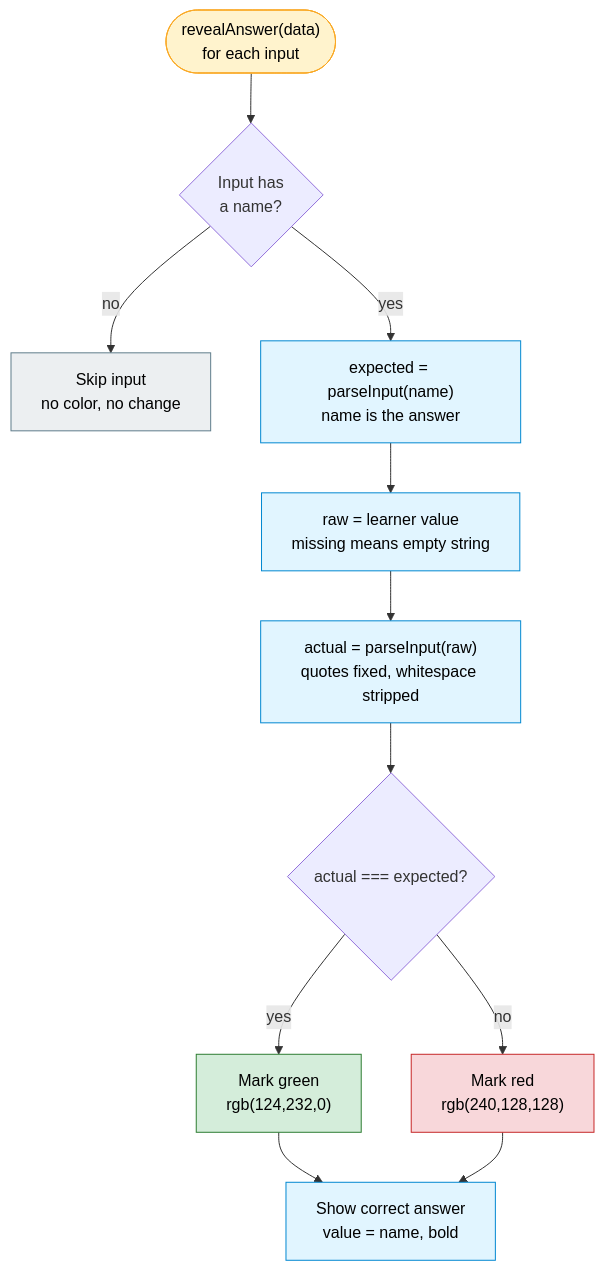
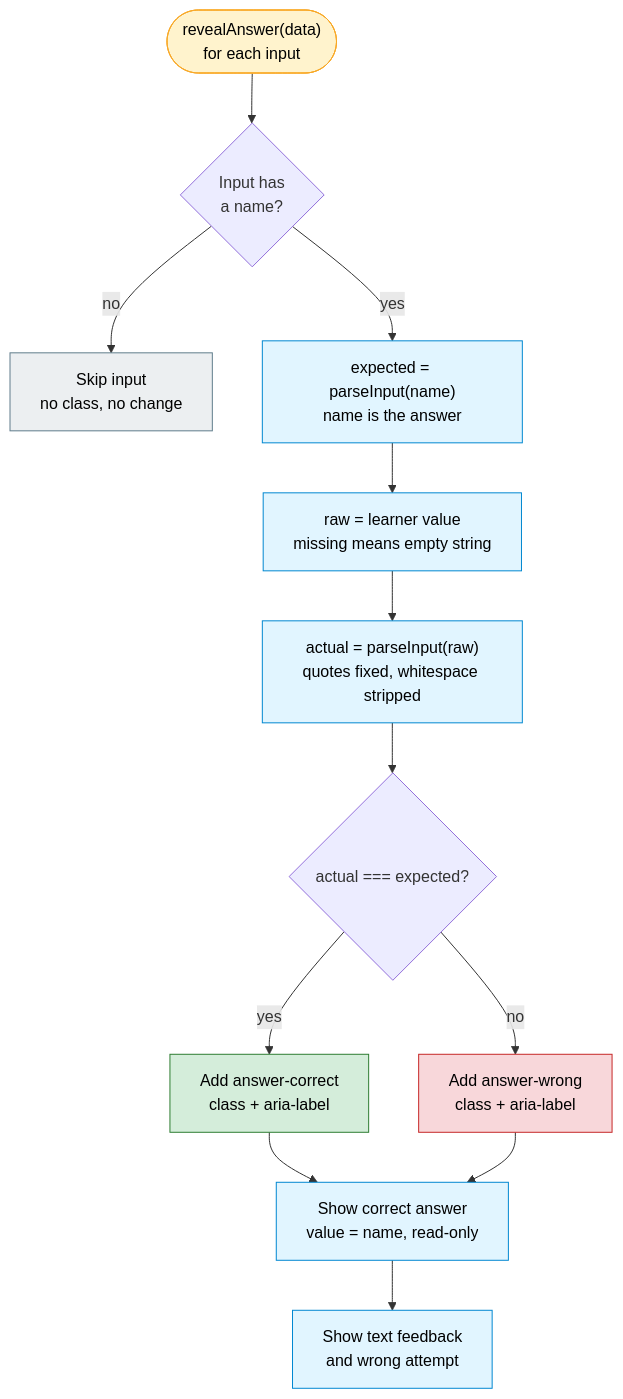
The diagram in documentation/architecture-diagrams/05-answer-validation.md (muhsinali/anki_templates), drawn with Mermaid before and after one commit. The commit also changed other lines of this file and 28 other files, not shown here.

````diff
--- a/documentation/architecture-diagrams/05-answer-validation.md
+++ b/documentation/architecture-diagrams/05-answer-validation.md
@@ -8,41 +8,43 @@
 ```mermaid
 flowchart TB
     start(["revealAnswer(data)<br/>for each input"])
     has_name{"Input has<br/>a name?"}
-    skip_input["Skip input<br/>no color, no change"]
+    skip_input["Skip input<br/>no class, no change"]
     expected_value["expected = parseInput(name)<br/>name is the answer"]
     learner_value["raw = learner value<br/>missing means empty string"]
     normalized_value["actual = parseInput(raw)<br/>quotes fixed, whitespace stripped"]
     is_correct{"actual === expected?"}
-    mark_correct["Mark green<br/>rgb(124,232,0)"]
-    mark_wrong["Mark red<br/>rgb(240,128,128)"]
-    show_answer["Show correct answer<br/>value = name, bold"]
+    mark_correct["Add answer-correct<br/>class + aria-label"]
+    mark_wrong["Add answer-wrong<br/>class + aria-label"]
+    show_answer["Show correct answer<br/>value = name, read-only"]
+    show_feedback["Show text feedback<br/>and wrong attempt"]
 
     %% Skip inert inputs.
     start --> has_name
     has_name -->|no| skip_input
 
     %% Normalize before comparing.
     has_name -->|yes| expected_value
     expected_value --> learner_value
     learner_value --> normalized_value
     normalized_value --> is_correct
 
     %% Both outcomes reveal the expected answer.
     is_correct -->|yes| mark_correct
     is_correct -->|no| mark_wrong
     mark_correct --> show_answer
     mark_wrong --> show_answer
+    show_answer --> show_feedback
 
     classDef entry fill:#fff3cd,stroke:#f9a825,color:#000;
     classDef process fill:#e1f5ff,stroke:#0288d1,color:#000;
     classDef good fill:#d4edda,stroke:#2e7d32,color:#000;
     classDef bad fill:#f8d7da,stroke:#c62828,color:#000;
     classDef skip fill:#eceff1,stroke:#607d8b,color:#000;
 
     class start entry;
-    class expected_value,learner_value,normalized_value,show_answer process;
+    class expected_value,learner_value,normalized_value,show_answer,show_feedback process;
     class mark_correct good;
     class mark_wrong bad;
     class skip_input skip;
 ```
````
